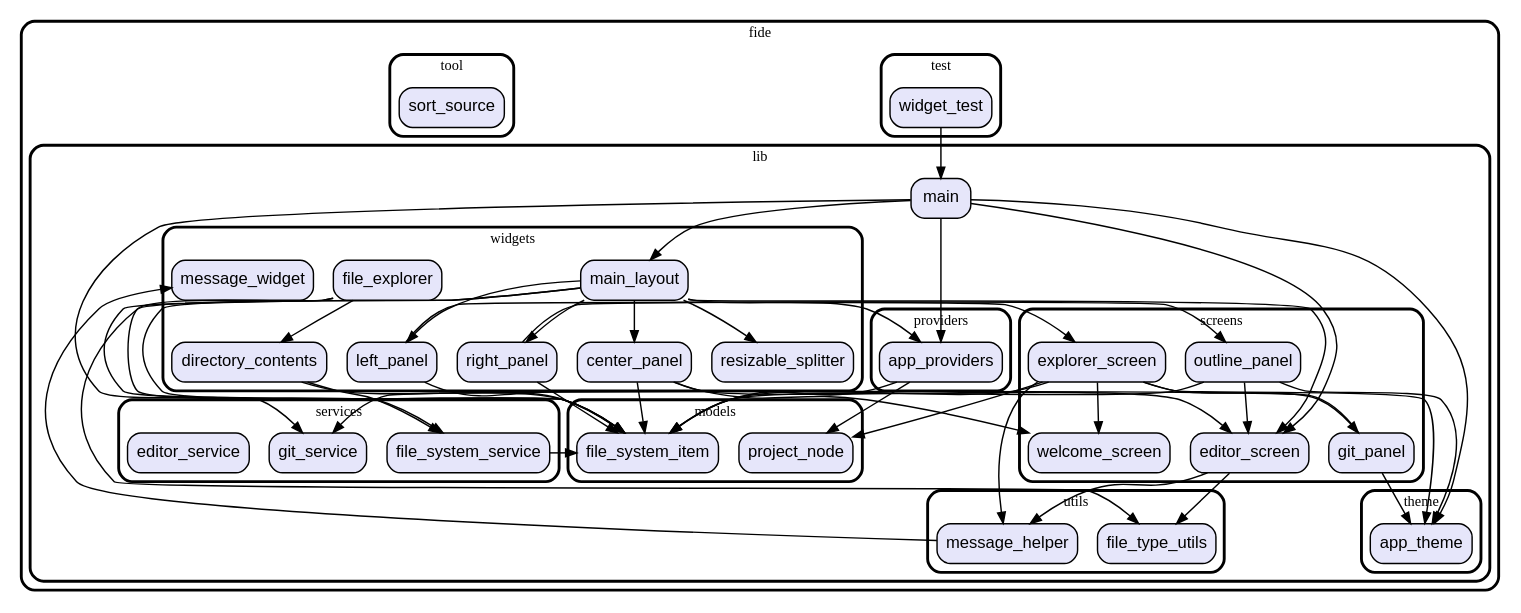
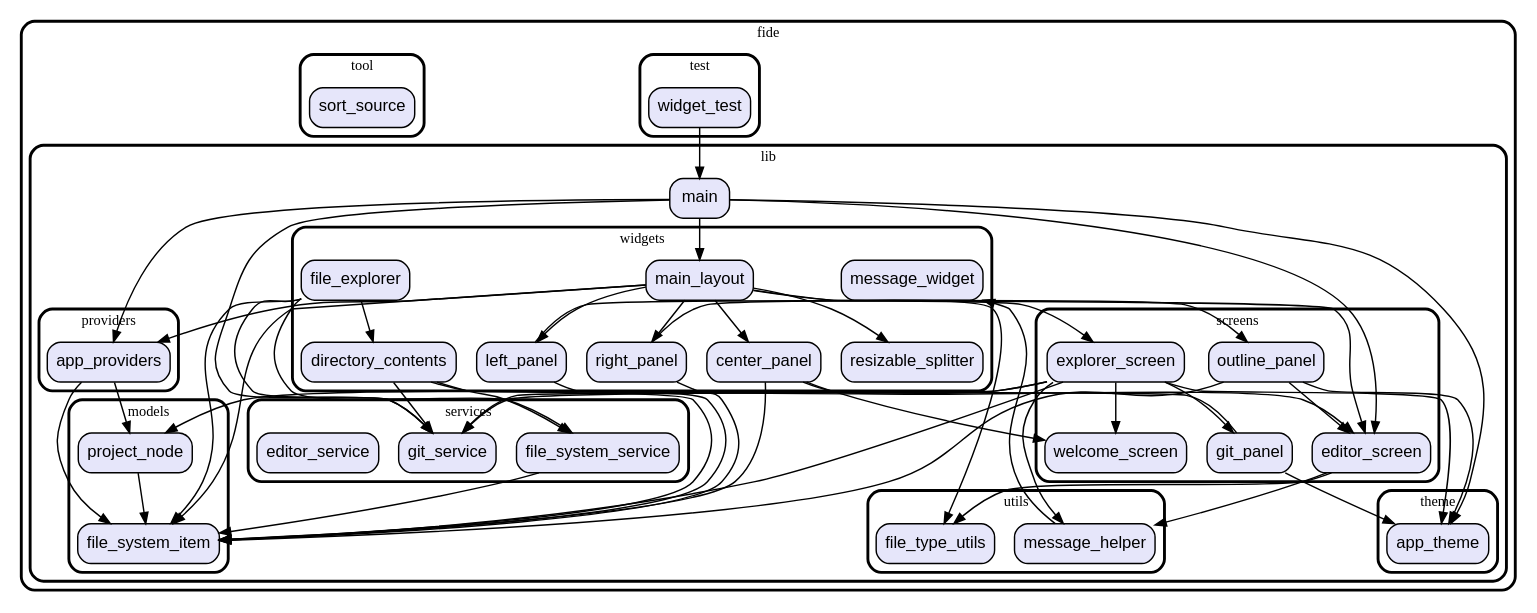
One commit to vteam-com/FIDE changed the diagram in graph.dot. Above: the diagram before and after it, drawn with Graphviz. The commit also changed 8 other files, not shown here.

```diff
--- a/graph.dot
+++ b/graph.dot
@@ -1,131 +1,135 @@
 digraph "" {
   graph [style=rounded fontname="Arial Black" fontsize=13 penwidth=2.6];
   node [shape=rect style="filled,rounded" fontname=Arial fontsize=15 fillcolor=Lavender penwidth=1.3];
   edge [penwidth=1.3];
   "/test/widget_test.dart" [label="widget_test"];
   "/lib/providers/app_providers.dart" [label="app_providers"];
   "/lib/utils/message_helper.dart" [label="message_helper"];
   "/lib/utils/file_type_utils.dart" [label="file_type_utils"];
   "/lib/models/project_node.dart" [label="project_node"];
   "/lib/models/file_system_item.dart" [label="file_system_item"];
   "/lib/screens/git_panel.dart" [label="git_panel"];
   "/lib/screens/explorer_screen.dart" [label="explorer_screen"];
   "/lib/screens/outline_panel.dart" [label="outline_panel"];
   "/lib/screens/editor_screen.dart" [label="editor_screen"];
   "/lib/screens/welcome_screen.dart" [label="welcome_screen"];
   "/lib/main.dart" [label="main"];
   "/lib/theme/app_theme.dart" [label="app_theme"];
   "/lib/services/git_service.dart" [label="git_service"];
   "/lib/services/file_system_service.dart" [label="file_system_service"];
   "/lib/services/editor_service.dart" [label="editor_service"];
   "/lib/widgets/resizable_splitter.dart" [label="resizable_splitter"];
   "/lib/widgets/directory_contents.dart" [label="directory_contents"];
   "/lib/widgets/main_layout.dart" [label="main_layout"];
   "/lib/widgets/file_explorer.dart" [label="file_explorer"];
   "/lib/widgets/message_widget.dart" [label="message_widget"];
   "/lib/widgets/left_panel.dart" [label="left_panel"];
   "/lib/widgets/center_panel.dart" [label="center_panel"];
   "/lib/widgets/right_panel.dart" [label="right_panel"];
   "/tool/sort_source.dart" [label="sort_source"];
   subgraph "cluster~" {
     label="fide";
     subgraph "cluster~/test" {
       label="test";
       "/test/widget_test.dart";
     }
     subgraph "cluster~/lib" {
       label="lib";
       "/lib/main.dart";
       subgraph "cluster~/lib/providers" {
         label="providers";
         "/lib/providers/app_providers.dart";
       }
       subgraph "cluster~/lib/utils" {
         label="utils";
         "/lib/utils/message_helper.dart";
         "/lib/utils/file_type_utils.dart";
       }
       subgraph "cluster~/lib/models" {
         label="models";
         "/lib/models/project_node.dart";
         "/lib/models/file_system_item.dart";
       }
       subgraph "cluster~/lib/screens" {
         label="screens";
         "/lib/screens/git_panel.dart";
         "/lib/screens/explorer_screen.dart";
         "/lib/screens/outline_panel.dart";
         "/lib/screens/editor_screen.dart";
         "/lib/screens/welcome_screen.dart";
       }
       subgraph "cluster~/lib/theme" {
         label="theme";
         "/lib/theme/app_theme.dart";
       }
       subgraph "cluster~/lib/services" {
         label="services";
         "/lib/services/git_service.dart";
         "/lib/services/file_system_service.dart";
         "/lib/services/editor_service.dart";
       }
       subgraph "cluster~/lib/widgets" {
         label="widgets";
         "/lib/widgets/resizable_splitter.dart";
         "/lib/widgets/directory_contents.dart";
         "/lib/widgets/main_layout.dart";
         "/lib/widgets/file_explorer.dart";
         "/lib/widgets/message_widget.dart";
         "/lib/widgets/left_panel.dart";
         "/lib/widgets/center_panel.dart";
         "/lib/widgets/right_panel.dart";
       }
     }
     subgraph "cluster~/tool" {
       label="tool";
       "/tool/sort_source.dart";
     }
   }
   "/test/widget_test.dart" -> "/lib/main.dart";
   "/lib/providers/app_providers.dart" -> "/lib/models/file_system_item.dart";
   "/lib/providers/app_providers.dart" -> "/lib/models/project_node.dart";
   "/lib/utils/message_helper.dart" -> "/lib/widgets/message_widget.dart";
+  "/lib/models/project_node.dart" -> "/lib/models/file_system_item.dart";
   "/lib/screens/git_panel.dart" -> "/lib/theme/app_theme.dart";
   "/lib/screens/git_panel.dart" -> "/lib/services/git_service.dart";
   "/lib/screens/explorer_screen.dart" -> "/lib/models/project_node.dart";
   "/lib/screens/explorer_screen.dart" -> "/lib/models/file_system_item.dart";
+  "/lib/screens/explorer_screen.dart" -> "/lib/services/git_service.dart";
   "/lib/screens/explorer_screen.dart" -> "/lib/utils/message_helper.dart";
   "/lib/screens/explorer_screen.dart" -> "/lib/screens/welcome_screen.dart";
   "/lib/screens/explorer_screen.dart" -> "/lib/screens/git_panel.dart";
   "/lib/screens/explorer_screen.dart" -> "/lib/theme/app_theme.dart";
   "/lib/screens/outline_panel.dart" -> "/lib/theme/app_theme.dart";
   "/lib/screens/outline_panel.dart" -> "/lib/models/file_system_item.dart";
   "/lib/screens/outline_panel.dart" -> "/lib/screens/editor_screen.dart";
   "/lib/screens/editor_screen.dart" -> "/lib/utils/message_helper.dart";
   "/lib/screens/editor_screen.dart" -> "/lib/utils/file_type_utils.dart";
   "/lib/main.dart" -> "/lib/providers/app_providers.dart";
   "/lib/main.dart" -> "/lib/widgets/main_layout.dart";
   "/lib/main.dart" -> "/lib/screens/editor_screen.dart";
   "/lib/main.dart" -> "/lib/services/git_service.dart";
   "/lib/main.dart" -> "/lib/theme/app_theme.dart";
   "/lib/services/file_system_service.dart" -> "/lib/models/file_system_item.dart";
   "/lib/widgets/directory_contents.dart" -> "/lib/services/file_system_service.dart";
+  "/lib/widgets/directory_contents.dart" -> "/lib/services/git_service.dart";
   "/lib/widgets/directory_contents.dart" -> "/lib/models/file_system_item.dart";
   "/lib/widgets/main_layout.dart" -> "/lib/screens/editor_screen.dart";
   "/lib/widgets/main_layout.dart" -> "/lib/providers/app_providers.dart";
   "/lib/widgets/main_layout.dart" -> "/lib/models/file_system_item.dart";
   "/lib/widgets/main_layout.dart" -> "/lib/utils/file_type_utils.dart";
   "/lib/widgets/main_layout.dart" -> "/lib/widgets/resizable_splitter.dart";
   "/lib/widgets/main_layout.dart" -> "/lib/widgets/left_panel.dart";
   "/lib/widgets/main_layout.dart" -> "/lib/widgets/center_panel.dart";
   "/lib/widgets/main_layout.dart" -> "/lib/widgets/right_panel.dart";
   "/lib/widgets/file_explorer.dart" -> "/lib/services/file_system_service.dart";
+  "/lib/widgets/file_explorer.dart" -> "/lib/services/git_service.dart";
   "/lib/widgets/file_explorer.dart" -> "/lib/models/file_system_item.dart";
   "/lib/widgets/file_explorer.dart" -> "/lib/widgets/directory_contents.dart";
   "/lib/widgets/left_panel.dart" -> "/lib/screens/explorer_screen.dart";
   "/lib/widgets/left_panel.dart" -> "/lib/models/file_system_item.dart";
   "/lib/widgets/center_panel.dart" -> "/lib/screens/welcome_screen.dart";
   "/lib/widgets/center_panel.dart" -> "/lib/screens/editor_screen.dart";
   "/lib/widgets/center_panel.dart" -> "/lib/models/file_system_item.dart";
   "/lib/widgets/right_panel.dart" -> "/lib/screens/outline_panel.dart";
   "/lib/widgets/right_panel.dart" -> "/lib/models/file_system_item.dart";
 }
```
